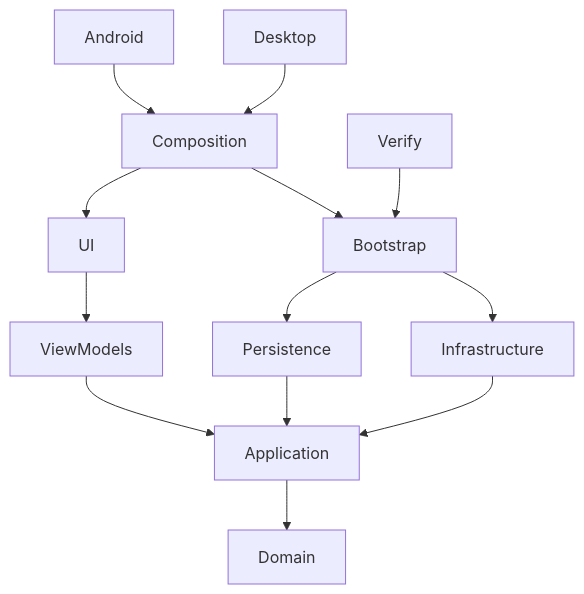
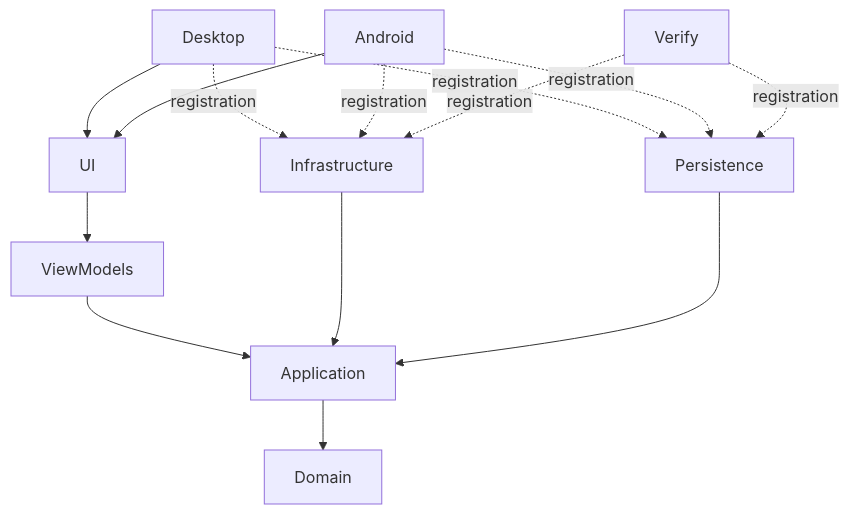
The diagram in docs/architecture.md (Volodya1000/maps), drawn with Mermaid before and after one commit. The commit also changed other lines of this file and 54 other files, not shown here.

````diff
--- a/docs/architecture.md
+++ b/docs/architecture.md
@@ -3,15 +3,16 @@
 ```mermaid
-graph TD
- Desktop --> Composition
- Android --> Composition
- Verify --> Bootstrap
- Composition --> Bootstrap
- Composition --> UI
- Bootstrap --> Infrastructure
- Bootstrap --> Persistence
- Persistence --> Application
+graph TB
+ Desktop --> UI
+ Android --> UI
  UI --> ViewModels
  ViewModels --> Application
+ Application --> Domain
  Infrastructure --> Application
- Application --> Domain
+ Persistence --> Application
+ Desktop -. registration .-> Infrastructure
+ Desktop -. registration .-> Persistence
+ Android -. registration .-> Infrastructure
+ Android -. registration .-> Persistence
+ Verify -. registration .-> Infrastructure
+ Verify -. registration .-> Persistence
 ```
````
